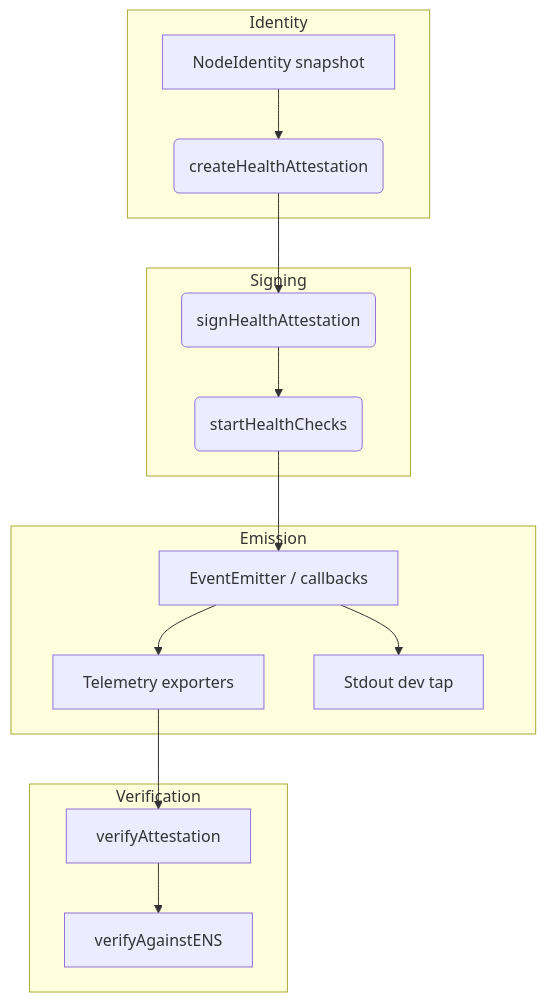
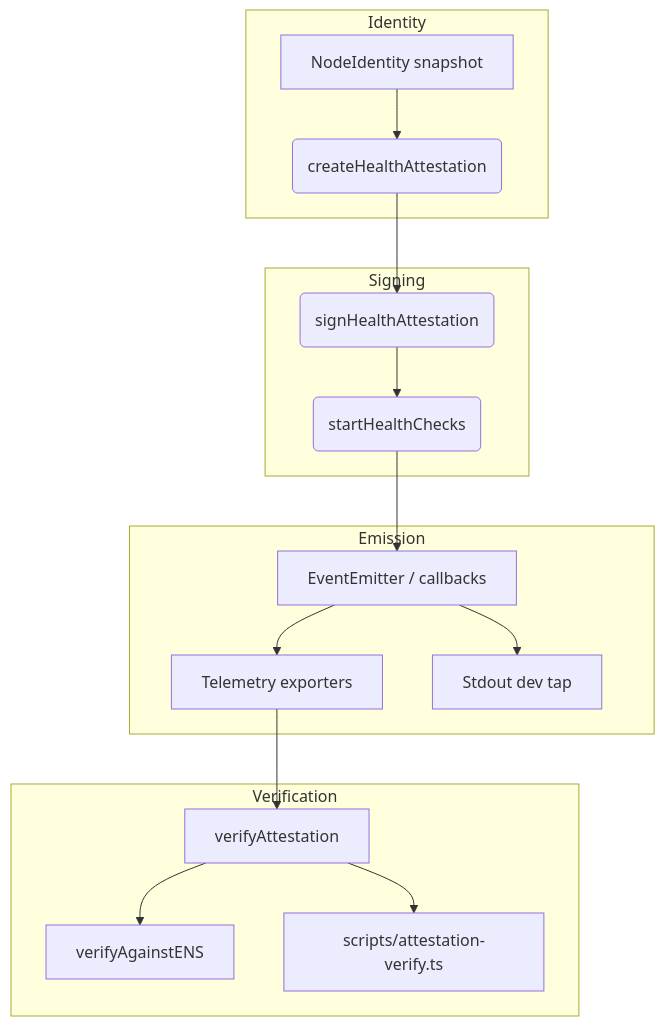
Before and after one commit to MontrealAI/AGI-Alpha-Node-v0: the fourth of 6 diagrams in README.md, drawn with Mermaid. The commit also changed other lines of this file and 3 other files, not shown here.

````diff
--- a/README.md
+++ b/README.md
@@ -120,19 +144,20 @@
 ```mermaid
 flowchart TD
   subgraph Identity
     A[NodeIdentity snapshot] --> B(createHealthAttestation)
   end
   subgraph Signing
     B --> C(signHealthAttestation)
     C --> D(startHealthChecks)
   end
   subgraph Emission
     D --> E[EventEmitter / callbacks]
     E --> F[Telemetry exporters]
     E --> G[Stdout dev tap]
   end
   subgraph Verification
     F --> H[verifyAttestation]
     H --> I[verifyAgainstENS]
+    H --> J[scripts/attestation-verify.ts]
   end
 ```
````
